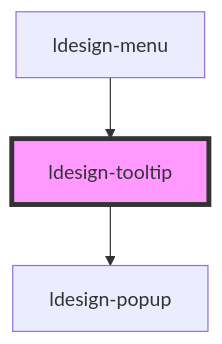
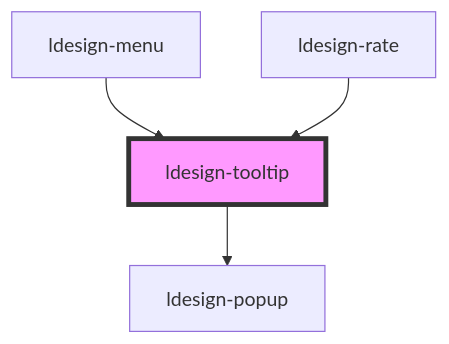
The diagram in packages/webcomponent/src/components/tooltip/readme.md (poly1603/ldesign), drawn with Mermaid before and after one commit. The commit also changed other lines of this file and 52 other files, not shown here.

````diff
--- a/packages/webcomponent/src/components/tooltip/readme.md
+++ b/packages/webcomponent/src/components/tooltip/readme.md
@@ -39,6 +40,7 @@
 ```mermaid
 graph TD;
   ldesign-tooltip --> ldesign-popup
   ldesign-menu --> ldesign-tooltip
+  ldesign-rate --> ldesign-tooltip
   style ldesign-tooltip fill:#f9f,stroke:#333,stroke-width:4px
 ```
````
